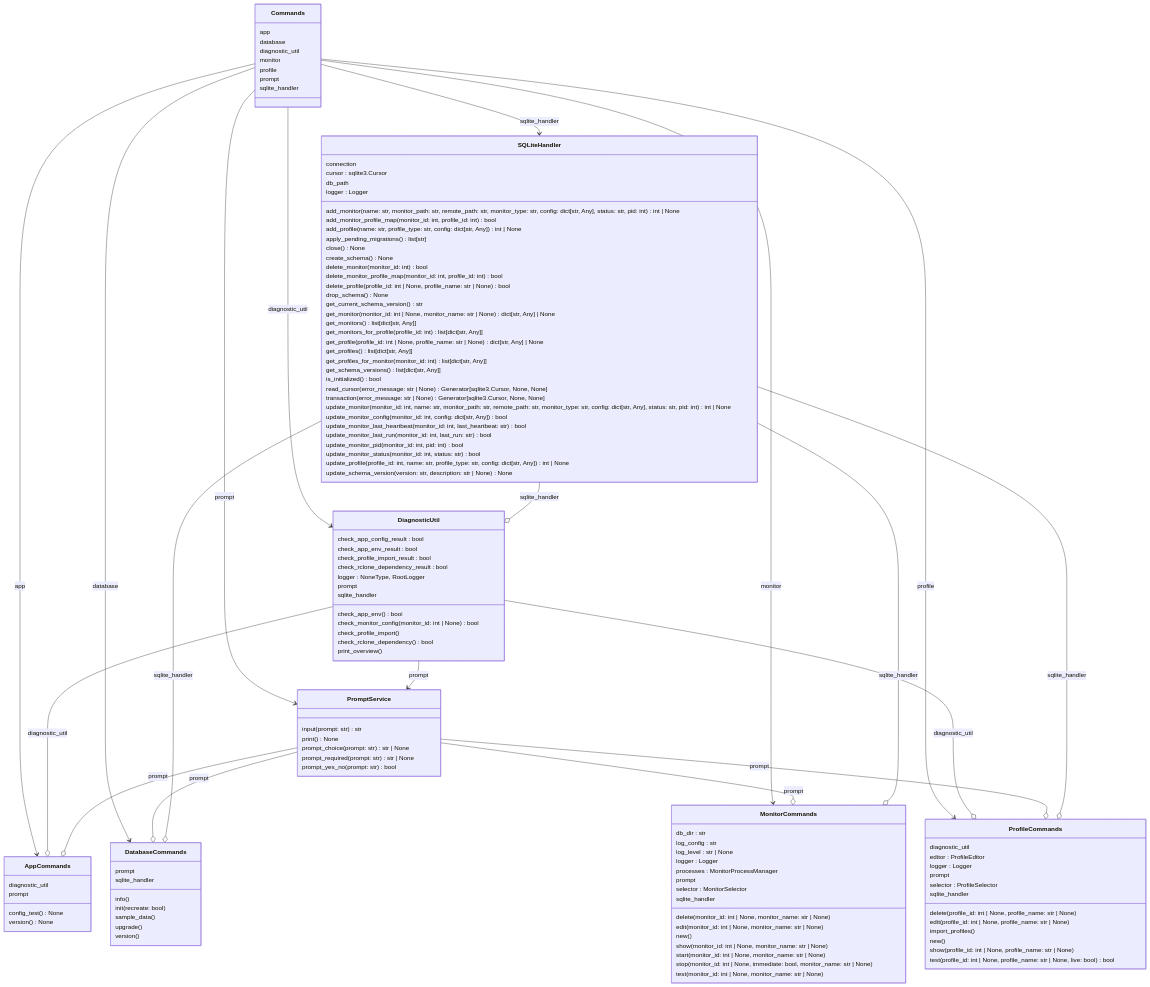
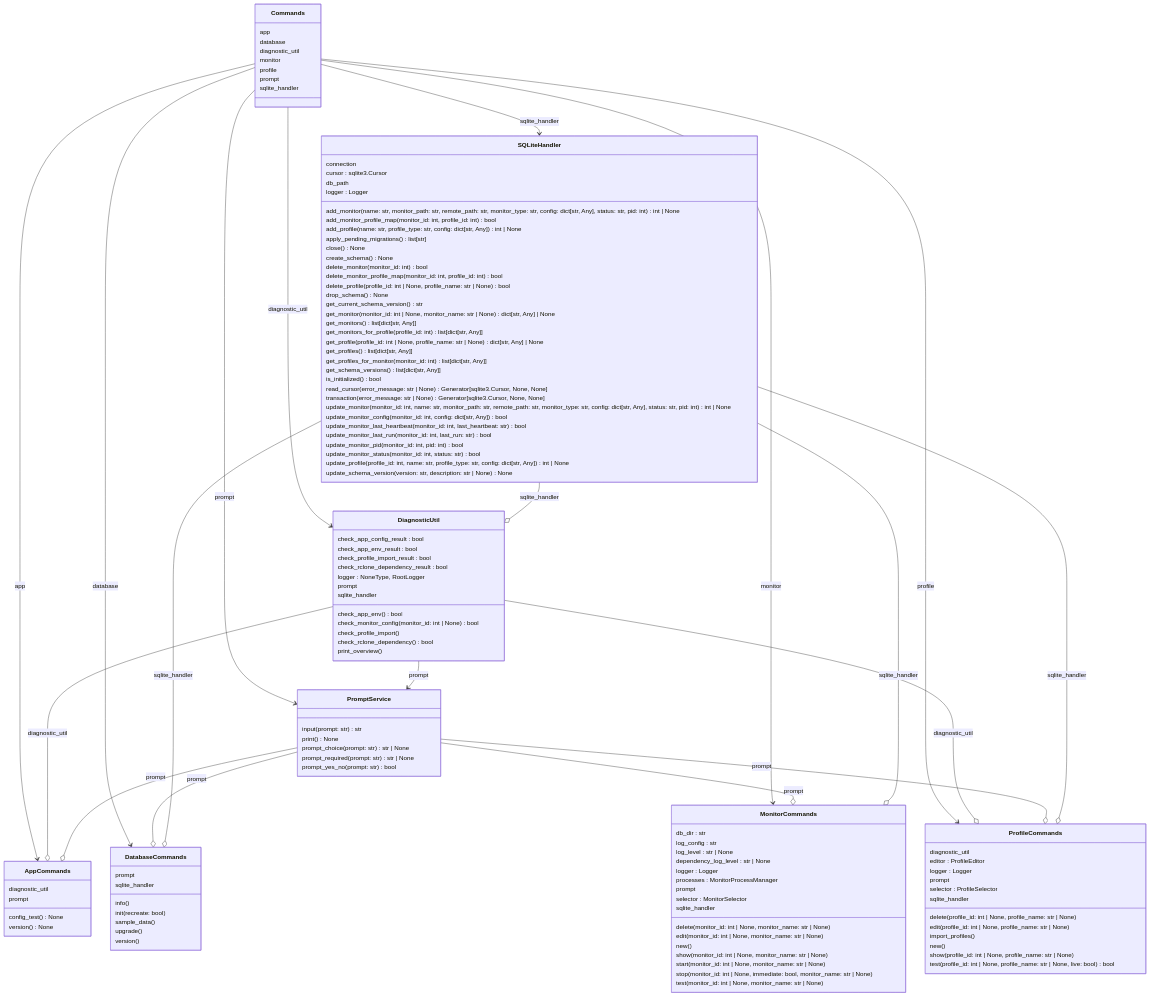
Before and after one commit to Transparent-Systems/monitorhub: the second of 2 diagrams in ARCHITECTURE.md, drawn with Mermaid. The commit also changed 11 other files, not shown here.

Commit message:
Add --dependency-log-level to CLI and related scripts

```diff
--- a/ARCHITECTURE.md
+++ b/ARCHITECTURE.md
@@ -143,6 +143,7 @@
     db_dir : str
     log_config : str
     log_level : str | None
+    dependency_log_level : str | None
     logger : Logger
     processes : MonitorProcessManager
     prompt
```
